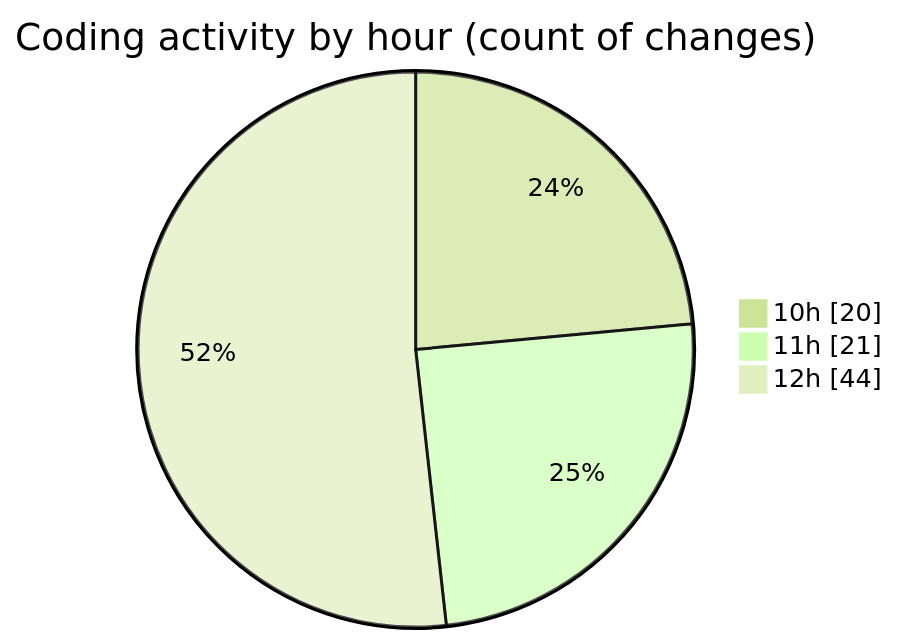
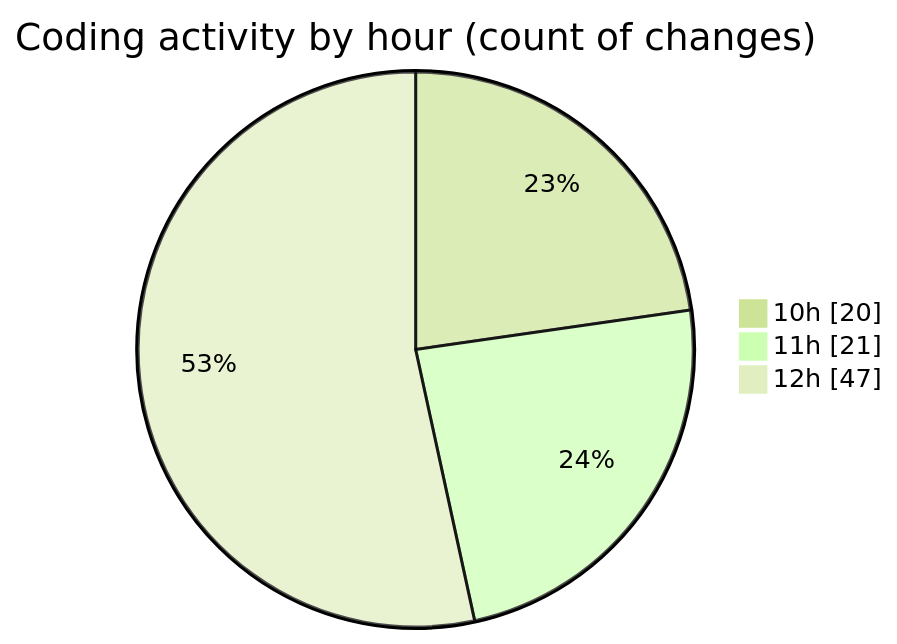
Before and after one commit to momahboobian/code-tracking: the second of 2 diagrams in 2025-05-20/cda/README.md, drawn with Mermaid (forest theme). The commit also changed other lines of this file and 1 other file, not shown here.

````diff
--- a/2025-05-20/cda/README.md
+++ b/2025-05-20/cda/README.md
@@ -43,7 +44,7 @@
 ```mermaid
 pie showData
 title Coding activity by hour (count of changes)
 "10h" : 20
 "11h" : 21
-"12h" : 44
+"12h" : 47
 ```
````
